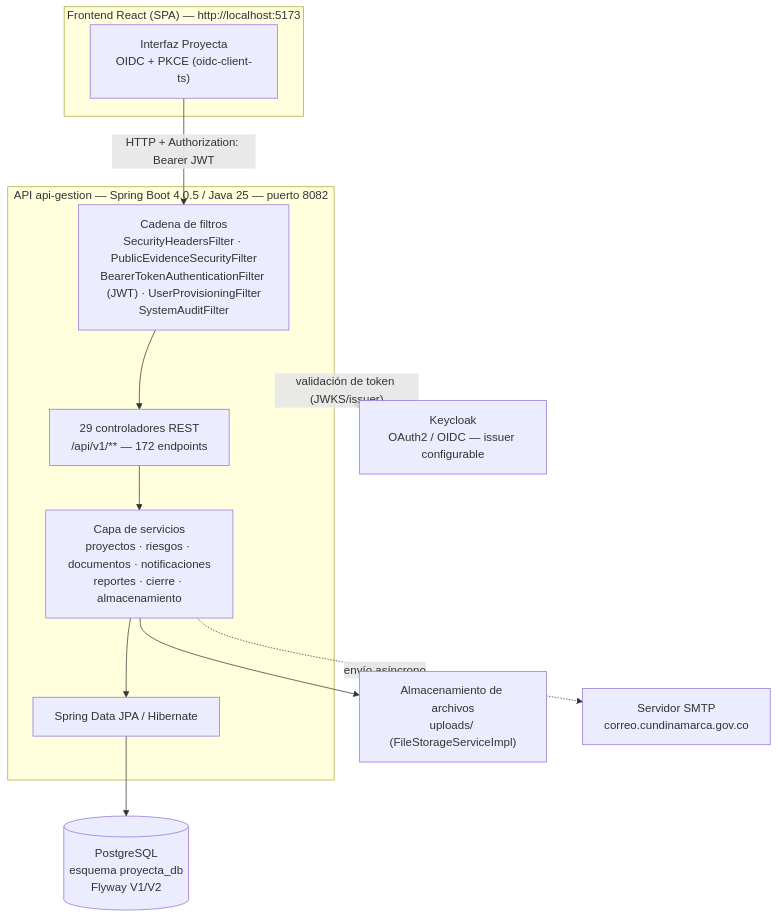
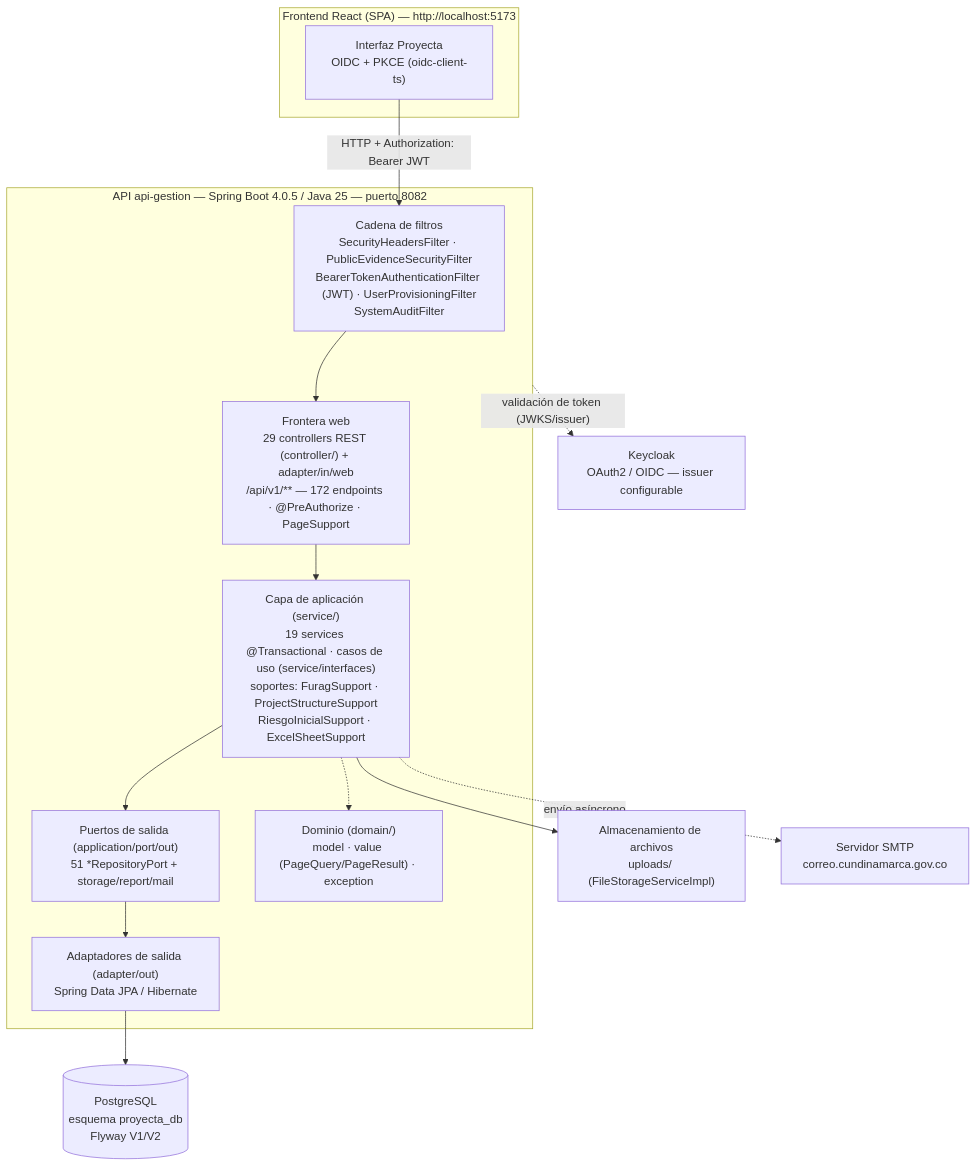
Before and after one commit to AndresSantosSanabria/proyecta_v01: the first of 4 diagrams in backend/docs/arquitectura-tecnica.md, drawn with Mermaid. The commit also changed other lines of this file and 495 other files, not shown here.

````diff
--- a/backend/docs/arquitectura-tecnica.md
+++ b/backend/docs/arquitectura-tecnica.md
@@ -40,27 +42,31 @@
 ```mermaid
 graph TB
     subgraph FE["Frontend React (SPA) — http://localhost:5173"]
         UI["Interfaz Proyecta<br/>OIDC + PKCE (oidc-client-ts)"]
     end
 
     subgraph API["API api-gestion — Spring Boot 4.0.5 / Java 25 — puerto 8082"]
         FILT["Cadena de filtros<br/>SecurityHeadersFilter · PublicEvidenceSecurityFilter<br/>BearerTokenAuthenticationFilter (JWT) · UserProvisioningFilter<br/>SystemAuditFilter"]
-        CTRL["29 controladores REST<br/>/api/v1/** — 172 endpoints"]
-        SVC["Capa de servicios<br/>proyectos · riesgos · documentos · notificaciones<br/>reportes · cierre · almacenamiento"]
-        JPA["Spring Data JPA / Hibernate"]
+        CTRL["Frontera web<br/>29 controllers REST (controller/) + adapter/in/web<br/>/api/v1/** — 172 endpoints · @PreAuthorize · PageSupport"]
+        SVC["Capa de aplicación (service/)<br/>19 services @Transactional · casos de uso (service/interfaces)<br/>soportes: FuragSupport · ProjectStructureSupport<br/>RiesgoInicialSupport · ExcelSheetSupport"]
+        PORTS["Puertos de salida (application/port/out)<br/>51 *RepositoryPort + storage/report/mail"]
+        DOM["Dominio (domain/)<br/>model · value (PageQuery/PageResult) · exception"]
+        JPA["Adaptadores de salida (adapter/out)<br/>Spring Data JPA / Hibernate"]
     end
 
     DB[("PostgreSQL<br/>esquema proyecta_db<br/>Flyway V1/V2")]
     FS["Almacenamiento de archivos<br/>uploads/ (FileStorageServiceImpl)"]
     KC["Keycloak<br/>OAuth2 / OIDC — issuer configurable"]
     SMTP["Servidor SMTP<br/>correo.cundinamarca.gov.co"]
 
     UI -->|"HTTP + Authorization: Bearer JWT"| FILT
     FILT --> CTRL
     CTRL --> SVC
-    SVC --> JPA
+    SVC --> PORTS
+    PORTS --> JPA
     JPA --> DB
+    SVC -.-> DOM
     SVC --> FS
     SVC -.->|"envío asíncrono"| SMTP
     API -.->|"validación de token (JWKS/issuer)"| KC
 ```
````
